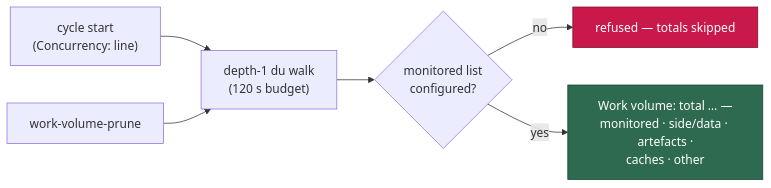
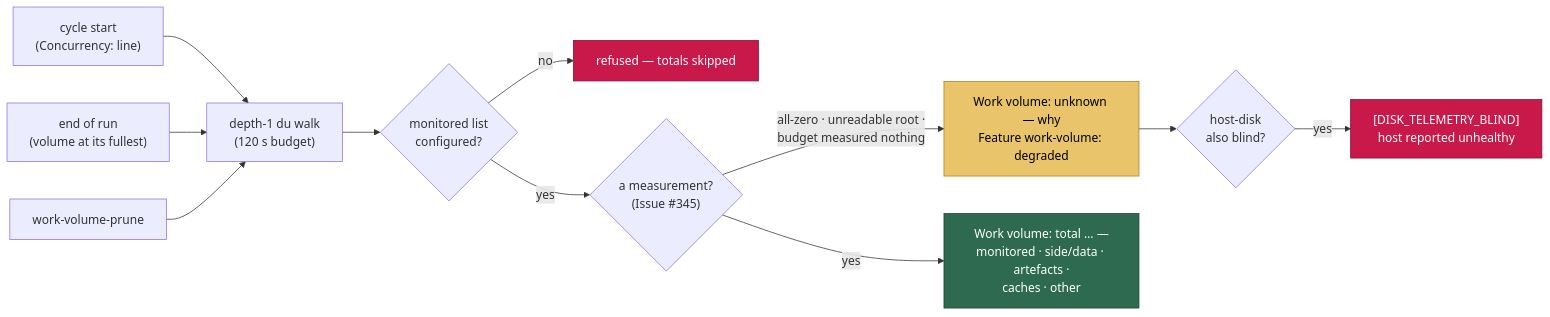
One commit to stSoftwareAU/VibeCoder changed the ninth of 15 diagrams in docs/CONTAINER.md. Above: the diagram before and after it, drawn with Mermaid. The commit also changed other lines of this file and 12 other files, not shown here.

Commit message:
wip: execute timed out after 1214s at the cycle deadline — preserving 13 uncommitted file(s) (Issue #47) Vibe-Coder-Run-Id: vibe-mt6nu0up-e03fbf

````diff
--- a/docs/CONTAINER.md
+++ b/docs/CONTAINER.md
@@ -639,10 +676,17 @@
 ```mermaid
 flowchart LR
     C["cycle start<br/>(Concurrency: line)"] --> W["depth-1 du walk<br/>(120 s budget)"]
+    E["end of run<br/>(volume at its fullest)"] --> W
     P["work-volume-prune"] --> W
     W --> B{"monitored list<br/>configured?"}
     B -->|no| R["refused — totals skipped"]
-    B -->|yes| T["Work volume: total … —<br/>monitored · side/data · artefacts ·<br/>caches · other"]
+    B -->|yes| M{"a measurement?<br/>(Issue #345)"}
+    M -->|"all-zero · unreadable root ·<br/>budget measured nothing"| U["Work volume: unknown — why<br/>Feature work-volume: degraded"]
+    M -->|yes| T["Work volume: total … —<br/>monitored · side/data · artefacts ·<br/>caches · other"]
+    U --> H{"host-disk<br/>also blind?"}
+    H -->|yes| X["[DISK_TELEMETRY_BLIND]<br/>host reported unhealthy"]
     style T fill:#2d6a4f,stroke:#1b4332,color:#fff
     style R fill:#c9184a,stroke:#800f2f,color:#fff
+    style U fill:#e9c46a,stroke:#b07d1a,color:#000
+    style X fill:#c9184a,stroke:#800f2f,color:#fff
 ```
````
